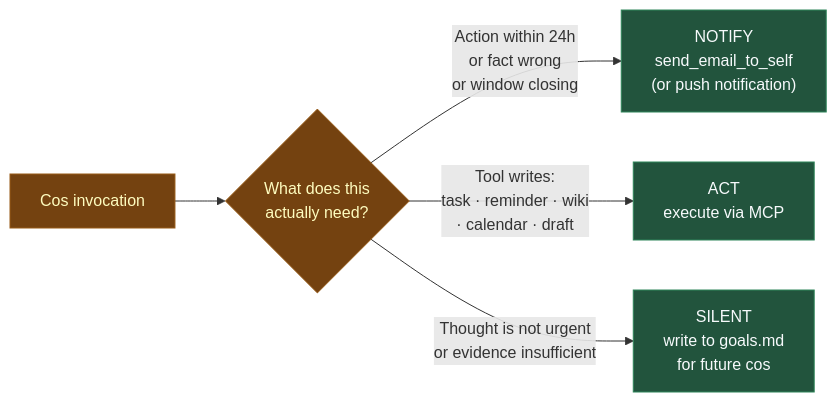
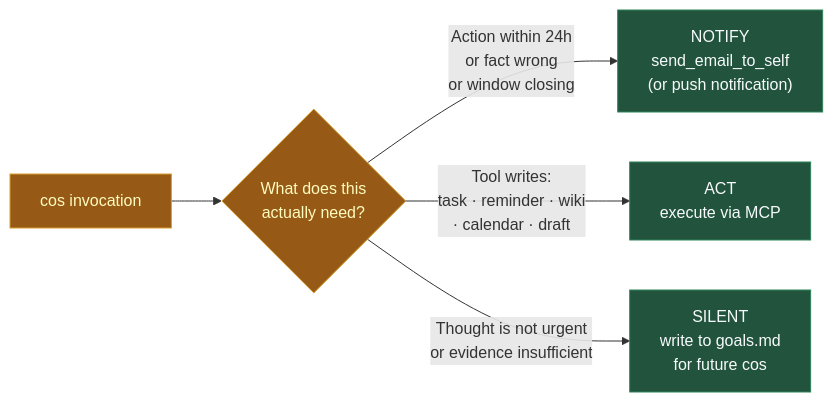
The third of 4 diagrams in docs-site/docs/cos.md (dwurtz/lighthouse), drawn with Mermaid before and after one commit. The commit also changed other lines of this file and 11 other files, not shown here.

````diff
--- a/docs-site/docs/cos.md
+++ b/docs-site/docs/cos.md
@@ -107,13 +112,16 @@
 ```mermaid
 flowchart LR
-    Start["Cos invocation"] --> Decide{What does this<br/>actually need?}
+    Start["cos invocation"] --> Decide{What does this<br/>actually need?}
 
     Decide -->|"Action within 24h<br/>or fact wrong<br/>or window closing"| Notify["NOTIFY<br/>send_email_to_self<br/>(or push notification)"]
     Decide -->|"Tool writes:<br/>task · reminder · wiki<br/>· calendar · draft"| Act["ACT<br/>execute via MCP"]
     Decide -->|"Thought is not urgent<br/>or evidence insufficient"| Silent["SILENT<br/>write to goals.md<br/>for future cos"]
 
-    classDef dec fill:#744210,stroke:#975a16,color:#fefcbf
-    classDef act fill:#22543d,stroke:#2f855a,color:#f7fafc
-    class Start,Decide dec
-    class Notify,Act,Silent act
+    classDef source  fill:#1a365d,stroke:#2c5282,color:#f7fafc
+    classDef wiki    fill:#22543d,stroke:#2f855a,color:#f7fafc
+    classDef process fill:#744210,stroke:#975a16,color:#fefcbf
+    classDef cos     fill:#975a16,stroke:#d69e2e,color:#fefcbf
+    classDef aside   fill:#3d3d3d,stroke:#555,color:#ccc
+    class Start,Decide cos
+    class Notify,Act,Silent wiki
 ```
````
